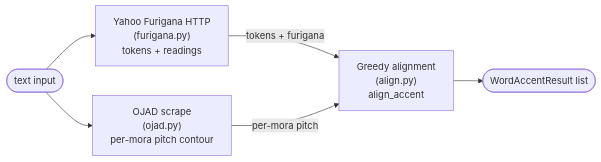
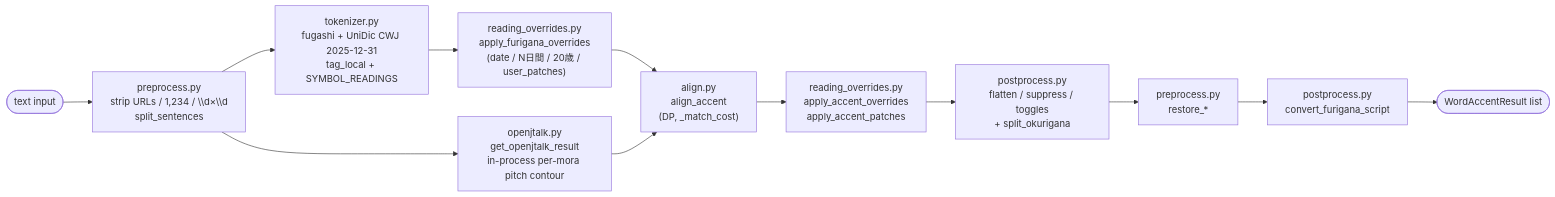
One commit to sessatakuma/API-tools changed the diagram in api/accent/README.md. Above: the diagram before and after it, drawn with Mermaid. The commit also changed other lines of this file and 43 other files, not shown here.

````diff
--- a/api/accent/README.md
+++ b/api/accent/README.md
@@ -14,14 +18,26 @@
 ```mermaid
 flowchart LR
   text([text input])
-  yahoo["Yahoo Furigana HTTP<br/>(furigana.py)<br/>tokens + readings"]
-  ojad["OJAD scrape<br/>(ojad.py)<br/>per-mora pitch contour"]
-  align["Greedy alignment<br/>(align.py)<br/>align_accent"]
+  pre["preprocess.py<br/>strip URLs / 1,234 / \\d×\\d<br/>split_sentences"]
+  tok["tokenizer.py<br/>fugashi + UniDic CWJ 2025-12-31<br/>tag_local + SYMBOL_READINGS"]
+  fov["reading_overrides.py<br/>apply_furigana_overrides<br/>(date / N日間 / 20歳 / user_patches)"]
+  oj["openjtalk.py<br/>get_openjtalk_result<br/>in-process per-mora pitch contour"]
+  align["align.py<br/>align_accent<br/>(DP, _match_cost)"]
+  aov["reading_overrides.py<br/>apply_accent_overrides<br/>apply_accent_patches"]
+  post["postprocess.py<br/>flatten / suppress / toggles<br/>+ split_okurigana"]
+  restore["preprocess.py<br/>restore_*"]
+  script["postprocess.py<br/>convert_furigana_script"]
   out([WordAccentResult list])
 
-  text --> yahoo
-  text --> ojad
-  yahoo -- "tokens + furigana" --> align
-  ojad -- "per-mora pitch" --> align
-  align --> out
+  text --> pre
+  pre --> tok
+  tok --> fov
+  fov --> align
+  pre --> oj
+  oj --> align
+  align --> aov
+  aov --> post
+  post --> restore
+  restore --> script
+  script --> out
 ```
````
